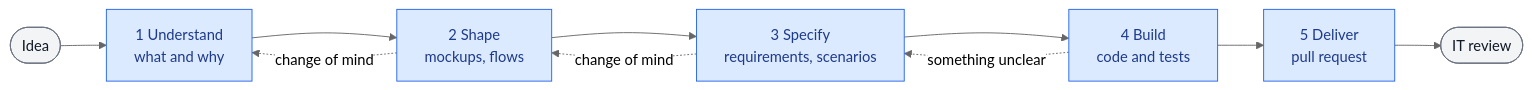
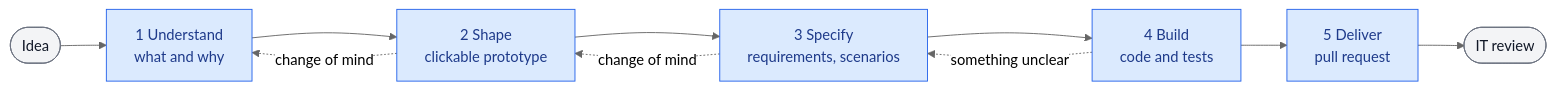
The diagram in docs/guided-flows.md (grojof/eunomai-business), drawn with Mermaid (neutral theme) before and after one commit. The commit also changed other lines of this file and 34 other files, not shown here.

````diff
--- a/docs/guided-flows.md
+++ b/docs/guided-flows.md
@@ -29,17 +32,17 @@
 ```mermaid
 flowchart LR
     idea([Idea]) --> understand["1 Understand<br/>what and why"]
-    understand --> shape["2 Shape<br/>mockups, flows"]
+    understand --> shape["2 Shape<br/>clickable prototype"]
     shape --> specify["3 Specify<br/>requirements, scenarios"]
     specify --> build["4 Build<br/>code and tests"]
     build --> deliver["5 Deliver<br/>pull request"]
     deliver --> review([IT review])
     shape -. "change of mind" .-> understand
     specify -. "change of mind" .-> shape
     build -. "something unclear" .-> specify
 
     classDef action fill:#dbeafe,stroke:#2563eb,color:#1e3a8a
     classDef external fill:#f3f4f6,stroke:#6b7280,color:#111827
     class understand,shape,specify,build,deliver action
     class idea,review external
 ```
````
